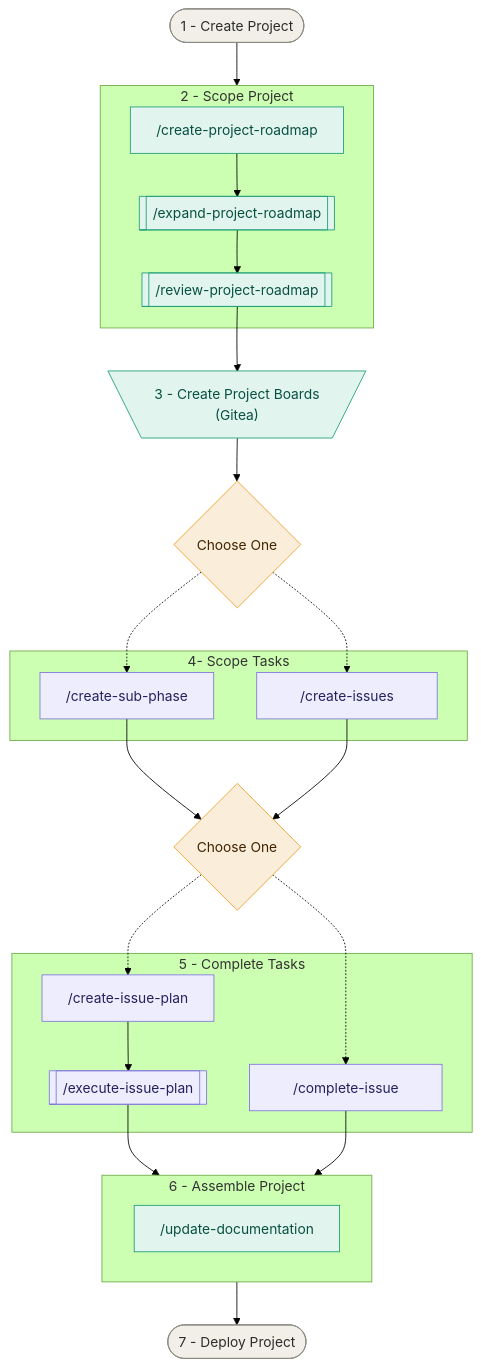
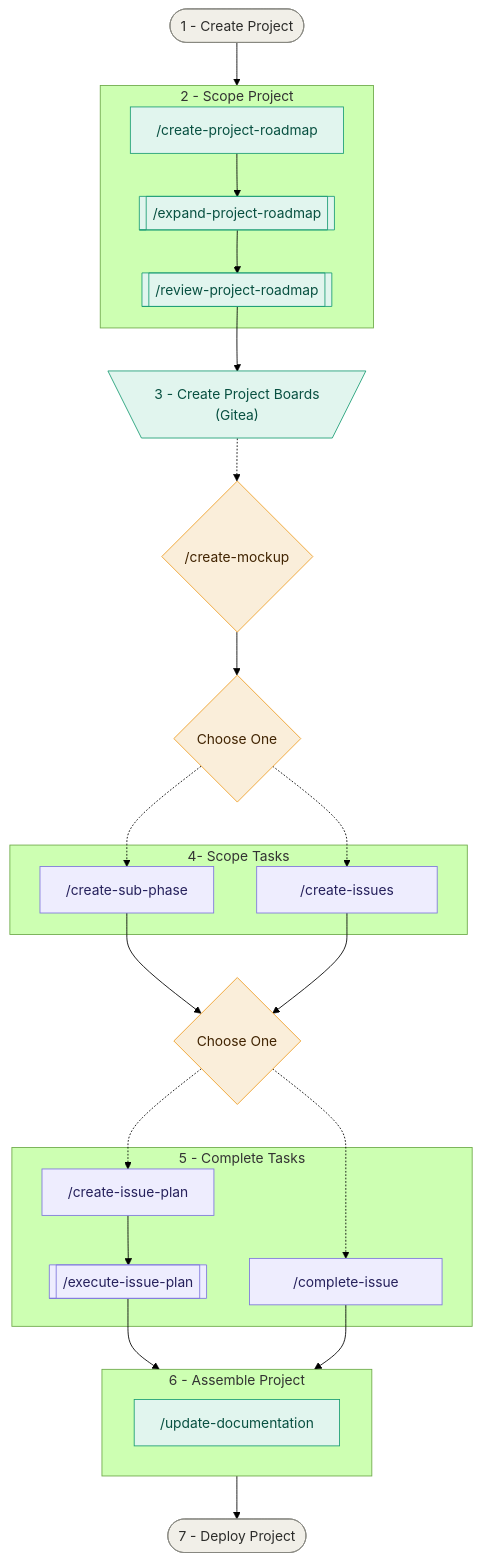
One commit to kheise-91/job-tracker changed the diagram in docs/workflows/project-development.md. Above: the diagram before and after it, drawn with Mermaid (forest theme). The commit also changed other lines of this file and 6 other files, not shown here.

Commit message:
Updating issue scoping/work skills to read and implement the mockup file if one exists. Also adding to documentation the new skill and how it interacts with other skills.

````diff
--- a/docs/workflows/project-development.md
+++ b/docs/workflows/project-development.md
@@ -61,55 +62,56 @@
 ```mermaid
 flowchart TD
     Start([1 - Create Project])
     End([7 - Deploy Project])
 
     subgraph SCOPE_PROJECT["2 - Scope Project"]
         S1["/create-project-roadmap"]
         S2@{ shape: subproc, label: "/expand-project-roadmap" }
         S3@{ shape: subproc, label: "/review-project-roadmap" }
     end
 
     G1@{ shape: trap-t, label: "3 - Create Project Boards <br> (Gitea)"}
 
     subgraph SCOPE_TASKS["4-  Scope Tasks"]
         TC1@{ shape: proc, label: "/create-sub-phase" }
         TC2@{ shape: proc, label: " &emsp; /create-issues &emsp; " }
     end
 
     subgraph DEVELOPMENT["5 - Complete Tasks"]
         D1@{ shape: proc, label: "/create-issue-plan" }
         D2@{ shape: subproc, label: "/execute-issue-plan" }
         D3@{ shape: proc, label: " &emsp; /complete-issue &emsp; " }
     end
 
     subgraph DOCUMENTATION["6 - Assemble Project"]
         DOC["/update-documentation"]
     end
 
     Start --> SCOPE_PROJECT
     S1 --> S2
     S2 --> S3
     S3 --> G1
-    G1 --> C1{"Choose One"}
-    C1 -.-> TC1
-    C1 -.-> TC2
-    TC1 --> C2{"Choose One"}
-    TC2 --> C2
-    C2 -.-> D1
-    C2 -.-> D3
+    G1 -.-> C1{"/create-mockup"}
+    C1 --> C2{"Choose One"}
+    C2 -.-> TC1
+    C2 -.-> TC2
+    TC1 --> C3{"Choose One"}
+    TC2 --> C3
+    C3 -.-> D1
+    C3 -.-> D3
     D1 --> D2
     D2 --> DOCUMENTATION
     D3 --> DOCUMENTATION
 
     DOCUMENTATION --> End
 
     classDef sequential fill:#E1F5EE,stroke:#1D9E75,color:#085041
     classDef choice fill:#EEEDFE,stroke:#7F77DD,color:#26215C
     classDef decision fill:#FAEEDA,stroke:#EF9F27,color:#412402
     classDef terminal fill:#F1EFE8,stroke:#888780,color:#2C2C2A
 
     class S1,S2,S3,G1,DOC sequential
     class TC1,TC2,D1,D2,D3 choice
-    class C1,C2 decision
+    class C1,C2,C3 decision
     class Start,End terminal
 ```
````
